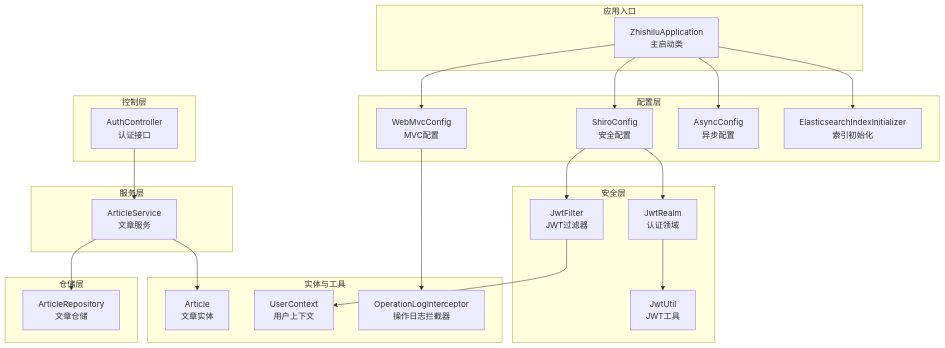
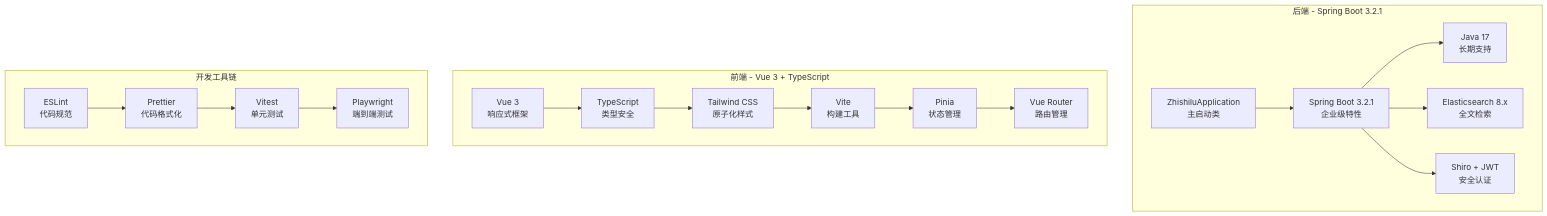
The first of 7 diagrams in .qoder/repowiki/zh/content/系统架构/技术选型与依赖.md (20164206160/zhishilu), drawn with Mermaid before and after one commit. The commit also changed other lines of this file and 28 other files, not shown here.

````diff
--- a/.qoder/repowiki/zh/content/系统架构/技术选型与依赖.md
+++ b/.qoder/repowiki/zh/content/系统架构/技术选型与依赖.md
@@ -47,43 +67,36 @@
 ```mermaid
 graph TB
-subgraph "应用入口"
+subgraph "后端 - Spring Boot 3.2.1"
 A["ZhishiluApplication<br/>主启动类"]
+B["Spring Boot 3.2.1<br/>企业级特性"]
+C["Java 17<br/>长期支持"]
+D["Elasticsearch 8.x<br/>全文检索"]
+E["Shiro + JWT<br/>安全认证"]
 end
-subgraph "配置层"
-C1["ShiroConfig<br/>安全配置"]
-C2["WebMvcConfig<br/>MVC配置"]
-C3["AsyncConfig<br/>异步配置"]
-C4["ElasticsearchIndexInitializer<br/>索引初始化"]
+subgraph "前端 - Vue 3 + TypeScript"
+F["Vue 3<br/>响应式框架"]
+G["TypeScript<br/>类型安全"]
+H["Tailwind CSS<br/>原子化样式"]
+I["Vite<br/>构建工具"]
+J["Pinia<br/>状态管理"]
+K["Vue Router<br/>路由管理"]
 end
-subgraph "安全层"
-S1["JwtFilter<br/>JWT过滤器"]
-S2["JwtRealm<br/>认证领域"]
-S3["JwtUtil<br/>JWT工具"]
+subgraph "开发工具链"
+L["ESLint<br/>代码规范"]
+M["Prettier<br/>代码格式化"]
+N["Vitest<br/>单元测试"]
+O["Playwright<br/>端到端测试"]
 end
-subgraph "控制层"
-K1["AuthController<br/>认证接口"]
-end
-subgraph "服务层"
-V1["ArticleService<br/>文章服务"]
-end
-subgraph "仓储层"
-R1["ArticleRepository<br/>文章仓储"]
-end
-subgraph "实体与工具"
-E1["Article<br/>文章实体"]
-U1["UserContext<br/>用户上下文"]
-I1["OperationLogInterceptor<br/>操作日志拦截器"]
-end
-A --> C1
-A --> C2
-A --> C3
-A --> C4
-C1 --> S1
-C1 --> S2
-S2 --> S3
-K1 --> V1
-V1 --> R1
-V1 --> E1
-S1 --> U1
-C2 --> I1
+A --> B
+B --> C
+B --> D
+B --> E
+F --> G
+G --> H
+H --> I
+I --> J
+J --> K
+L --> M
+M --> N
+N --> O
 ```
````
